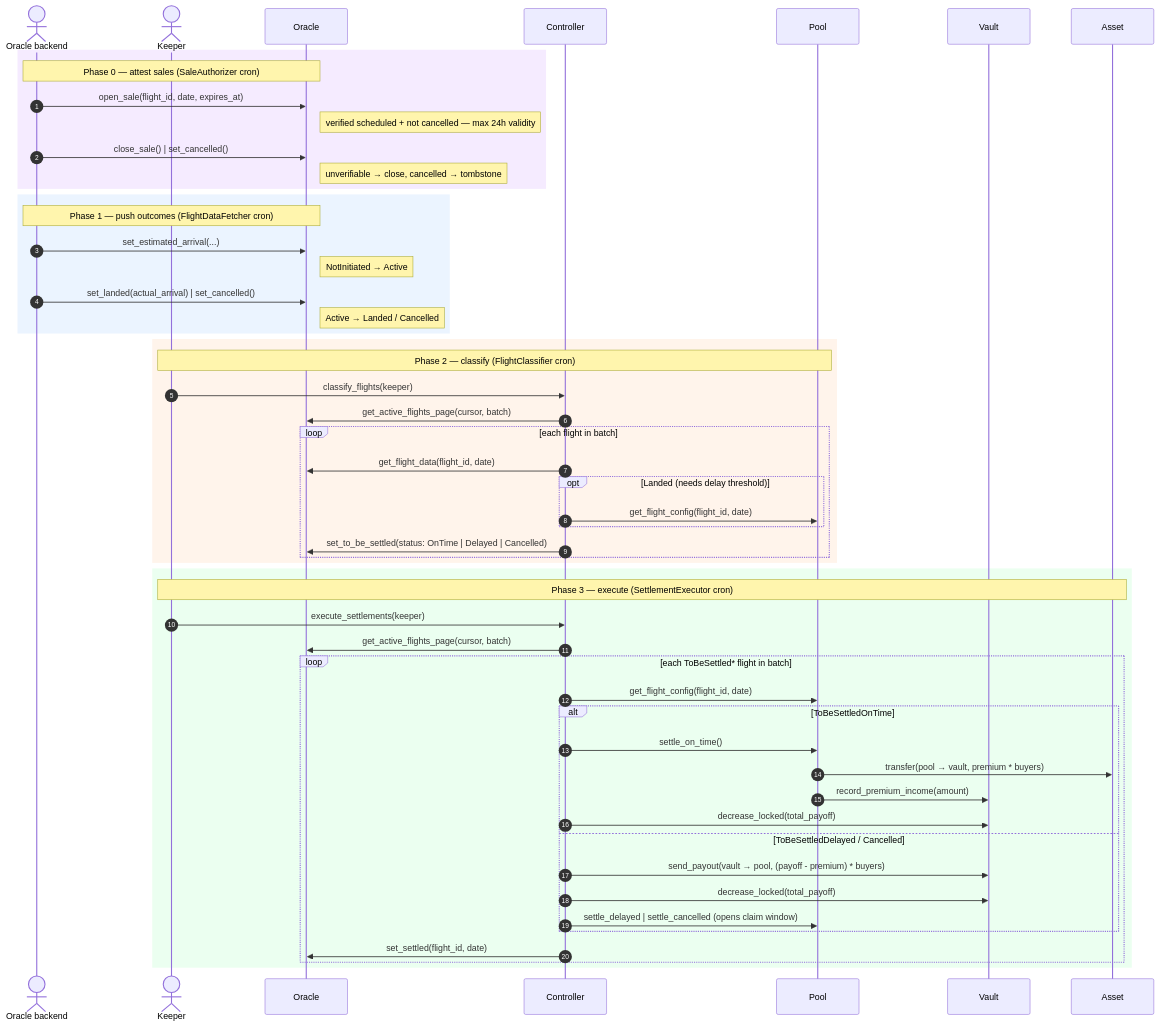
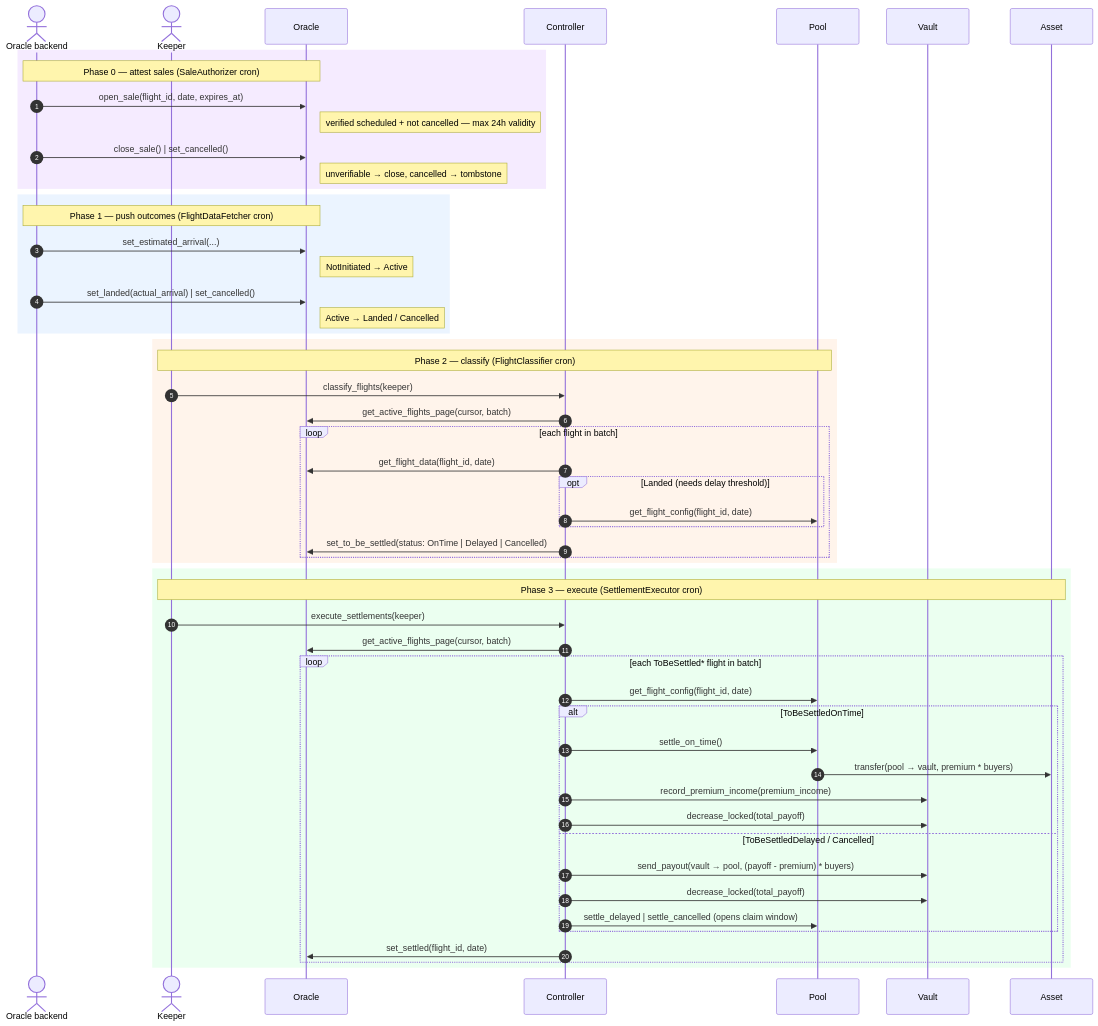
Before and after one commit to SentinelFi/sentinel_soroban_v3: the fifth of 6 diagrams in sequence_diagrams.md, drawn with Mermaid. The commit also changed other lines of this file and 16 other files, not shown here.

````diff
--- a/sequence_diagrams.md
+++ b/sequence_diagrams.md
@@ -220,60 +224,60 @@
 ```mermaid
 sequenceDiagram
     autonumber
     actor OB as Oracle backend
     actor Keeper
     participant Oracle as Oracle
     participant Ctrl as Controller
     participant Pool as Pool
     participant Vault as Vault
     participant Asset as Asset
 
     rect rgb(245, 235, 255)
     Note over OB,Oracle: Phase 0 — attest sales (SaleAuthorizer cron)
     OB->>Oracle: open_sale(flight_id, date, expires_at)
     Note right of Oracle: verified scheduled + not cancelled — max 24h validity
     OB->>Oracle: close_sale() | set_cancelled()
     Note right of Oracle: unverifiable → close, cancelled → tombstone
     end
 
     rect rgb(235, 244, 255)
     Note over OB,Oracle: Phase 1 — push outcomes (FlightDataFetcher cron)
     OB->>Oracle: set_estimated_arrival(...)
     Note right of Oracle: NotInitiated → Active
     OB->>Oracle: set_landed(actual_arrival) | set_cancelled()
     Note right of Oracle: Active → Landed / Cancelled
     end
 
     rect rgb(255, 244, 235)
     Note over Keeper,Pool: Phase 2 — classify (FlightClassifier cron)
     Keeper->>Ctrl: classify_flights(keeper)
     Ctrl->>Oracle: get_active_flights_page(cursor, batch)
     loop each flight in batch
         Ctrl->>Oracle: get_flight_data(flight_id, date)
         opt Landed (needs delay threshold)
             Ctrl->>Pool: get_flight_config(flight_id, date)
         end
         Ctrl->>Oracle: set_to_be_settled(status: OnTime | Delayed | Cancelled)
     end
     end
 
     rect rgb(235, 255, 240)
     Note over Keeper,Asset: Phase 3 — execute (SettlementExecutor cron)
     Keeper->>Ctrl: execute_settlements(keeper)
     Ctrl->>Oracle: get_active_flights_page(cursor, batch)
     loop each ToBeSettled* flight in batch
         Ctrl->>Pool: get_flight_config(flight_id, date)
         alt ToBeSettledOnTime
             Ctrl->>Pool: settle_on_time()
             Pool->>Asset: transfer(pool → vault, premium * buyers)
-            Pool->>Vault: record_premium_income(amount)
+            Ctrl->>Vault: record_premium_income(premium_income)
             Ctrl->>Vault: decrease_locked(total_payoff)
         else ToBeSettledDelayed / Cancelled
             Ctrl->>Vault: send_payout(vault → pool, (payoff - premium) * buyers)
             Ctrl->>Vault: decrease_locked(total_payoff)
             Ctrl->>Pool: settle_delayed | settle_cancelled (opens claim window)
         end
         Ctrl->>Oracle: set_settled(flight_id, date)
     end
     end
 ```
````
